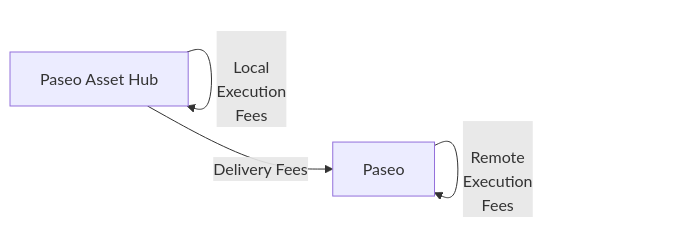
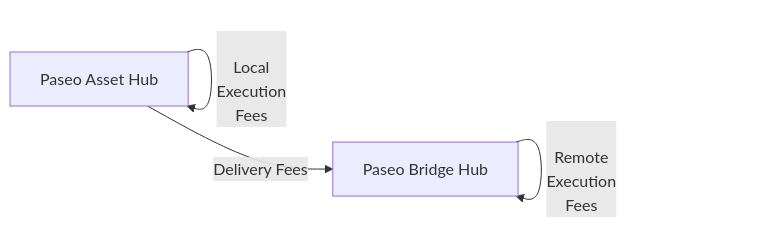
One commit to polkadot-developers/polkadot-docs changed the diagram in tutorials/interoperability/xcm-fee-estimation.md. Above: the diagram before and after it, drawn with Mermaid. The commit also changed other lines of this file and 5 other files, not shown here.

Commit message:
fix: refactoring to bridge hub

````diff
--- a/tutorials/interoperability/xcm-fee-estimation.md
+++ b/tutorials/interoperability/xcm-fee-estimation.md
@@ -28,6 +28,6 @@
 ```mermaid
 flowchart LR
-    AssetHub[Paseo Asset Hub] -->|Delivery Fees| Paseo[Paseo]
+    AssetHub[Paseo Asset Hub] -->|Delivery Fees| BridgeHub[Paseo Bridge Hub]
     AssetHub -->|<br />Local<br />Execution<br />Fees| AssetHub
-    Paseo -->|<br />Remote<br />Execution<br />Fees| Paseo
+    BridgeHub -->|<br />Remote<br />Execution<br />Fees| BridgeHub
 ```
````
